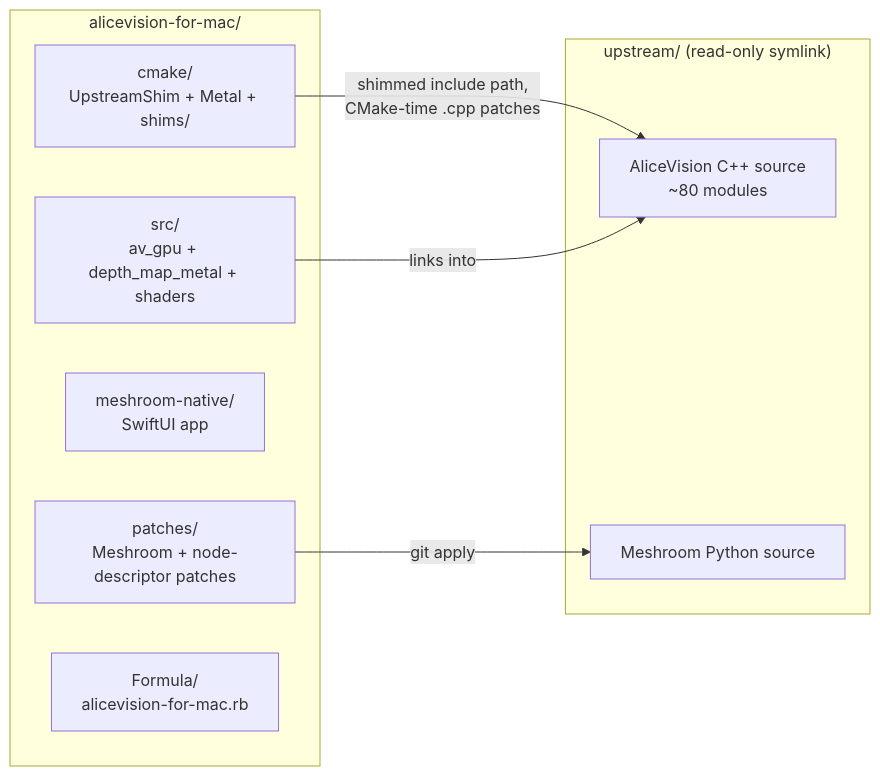
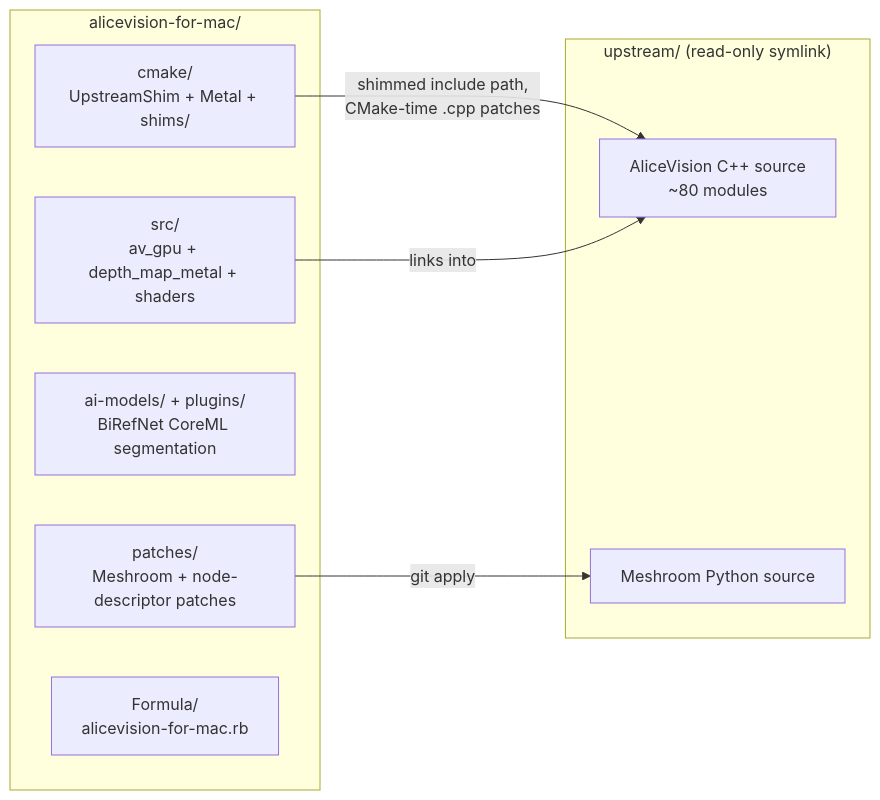
One commit to SeedeXR/alicevision-for-mac changed the first of 3 diagrams in docs/dev/overview.md. Above: the diagram before and after it, drawn with Mermaid. The commit also changed other lines of this file and 32 other files, not shown here.

Commit message:
add:coreml's of birefnet and purged meshroom-native documentation

````diff
--- a/docs/dev/overview.md
+++ b/docs/dev/overview.md
@@ -9,17 +9,17 @@
 ```mermaid
 flowchart LR
     subgraph upstream["upstream/ (read-only symlink)"]
         UA[AliceVision C++ source<br/>~80 modules]
         UB[Meshroom Python source]
     end
     subgraph overlay["alicevision-for-mac/"]
         SR[src/<br/>av_gpu + depth_map_metal + shaders]
         SH[cmake/<br/>UpstreamShim + Metal + shims/]
-        ME[meshroom-native/<br/>SwiftUI app]
+        AI[ai-models/ + plugins/<br/>BiRefNet CoreML segmentation]
         MP[patches/<br/>Meshroom + node-descriptor patches]
         FM[Formula/<br/>alicevision-for-mac.rb]
     end
     SH -- "shimmed include path,<br/>CMake-time .cpp patches" --> UA
     SR -- "links into" --> UA
     MP -- "git apply" --> UB
 ```
````
